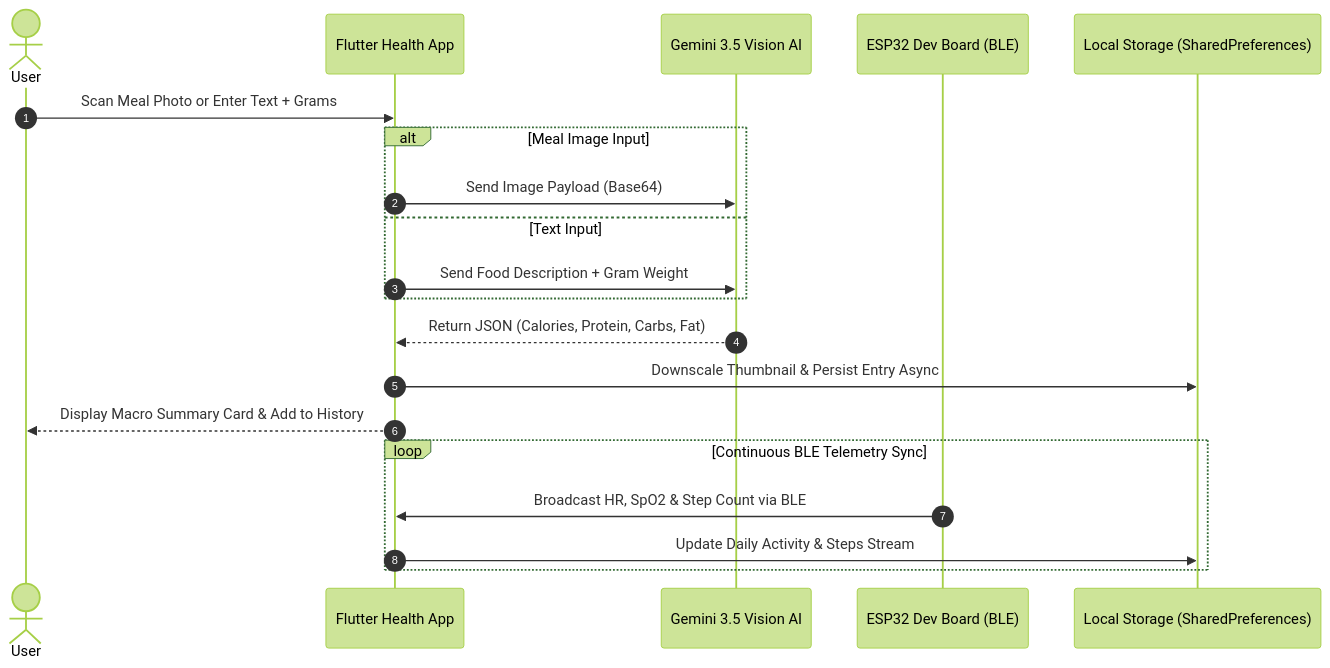
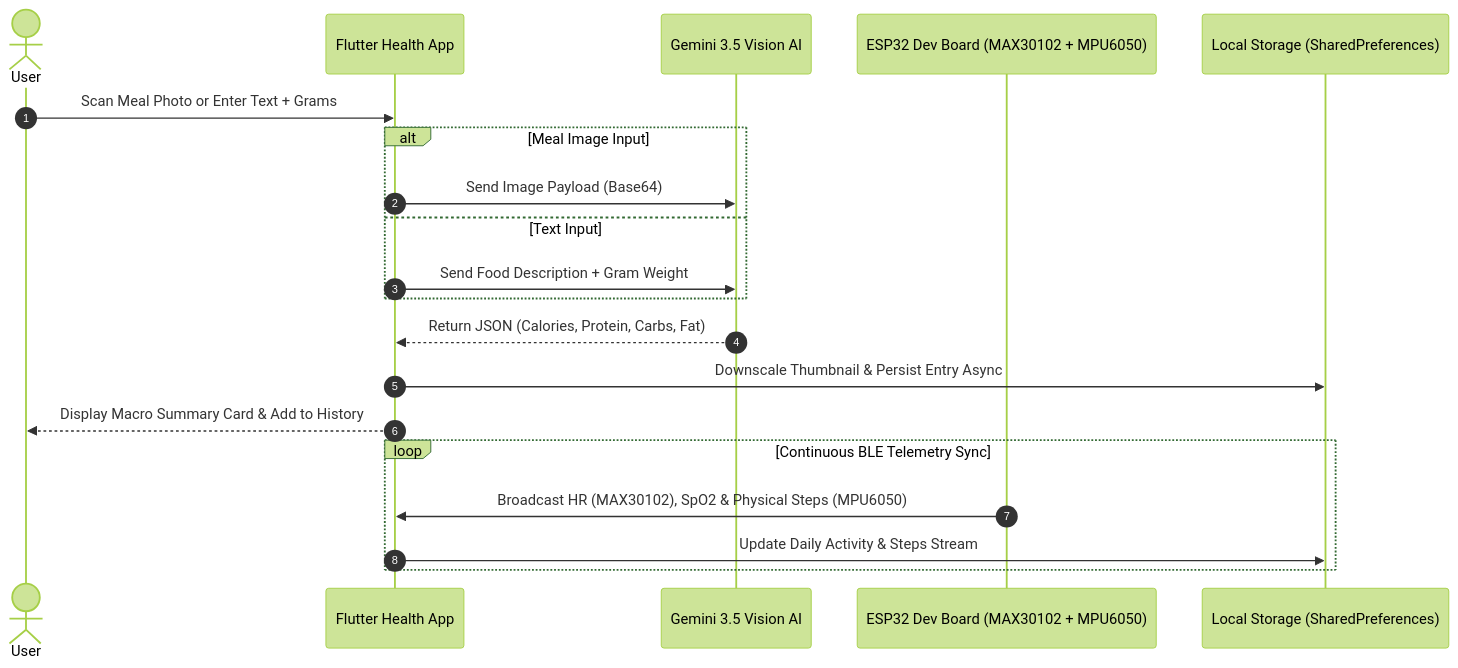
One commit to TharunLR/health-tracker- changed the diagram in README.md. Above: the diagram before and after it, drawn with Mermaid (forest theme). The commit also changed other lines of this file and 1 other file, not shown here.

Commit message:
Add MPU6050 accelerometer step counting algorithm and dual-sensor I2C pinout documentation for ESP32 Dev Board

````diff
--- a/README.md
+++ b/README.md
@@ -58,24 +62,24 @@
 ```mermaid
 sequenceDiagram
     autonumber
     actor User
     participant App as Flutter Health App
     participant AI as Gemini 3.5 Vision AI
-    participant Band as ESP32 Dev Board (BLE)
+    participant Band as ESP32 Dev Board (MAX30102 + MPU6050)
     participant LocalStorage as Local Storage (SharedPreferences)
 
     User->>App: Scan Meal Photo or Enter Text + Grams
     alt Meal Image Input
         App->>AI: Send Image Payload (Base64)
     else Text Input
         App->>AI: Send Food Description + Gram Weight
     end
     AI-->>App: Return JSON (Calories, Protein, Carbs, Fat)
     App->>LocalStorage: Downscale Thumbnail & Persist Entry Async
     App-->>User: Display Macro Summary Card & Add to History
 
     loop Continuous BLE Telemetry Sync
-        Band->>App: Broadcast HR, SpO2 & Step Count via BLE
+        Band->>App: Broadcast HR (MAX30102), SpO2 & Physical Steps (MPU6050)
         App->>LocalStorage: Update Daily Activity & Steps Stream
     end
 ```
````
